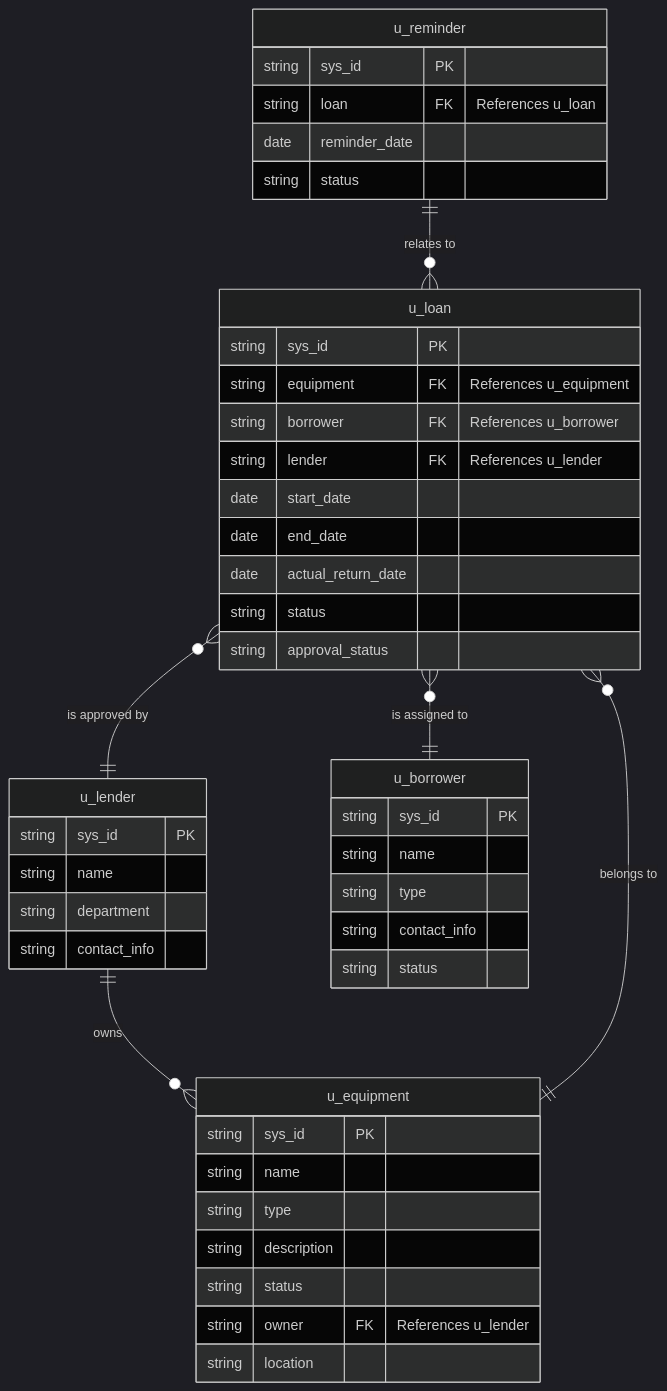
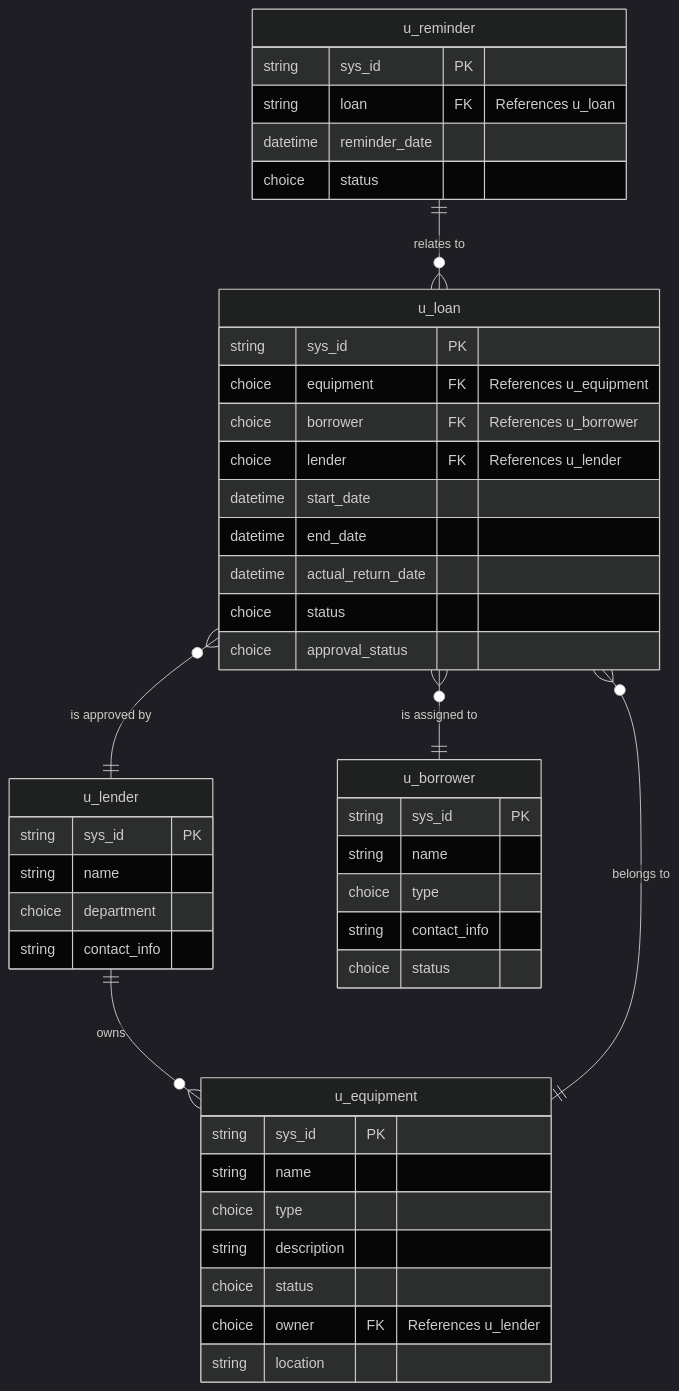
The diagram in datenmodell.md (OutmaAixLara/BorrowNOW), drawn with Mermaid (dark theme) before and after one commit.

Commit message:
Adjusted field types

````diff
--- a/datenmodell.md
+++ b/datenmodell.md
@@ -1,55 +1,55 @@
 ```mermaid
 erDiagram
     u_equipment {
         string sys_id PK
         string name
-        string type
+        choice type
         string description
-        string status
-        string owner FK "References u_lender"
+        choice status
+        choice owner FK "References u_lender"
         string location
     }
 
     u_lender {
         string sys_id PK
         string name
-        string department
+        choice department
         string contact_info
     }
 
     u_borrower {
         string sys_id PK
         string name
-        string type
+        choice type
         string contact_info
-        string status
+        choice status
     }
 
     u_loan {
         string sys_id PK
-        string equipment FK "References u_equipment"
-        string borrower FK "References u_borrower"
-        string lender FK "References u_lender"
-        date start_date
-        date end_date
-        date actual_return_date
-        string status
-        string approval_status
+        choice equipment FK "References u_equipment"
+        choice borrower FK "References u_borrower"
+        choice lender FK "References u_lender"
+        datetime start_date
+        datetime end_date
+        datetime actual_return_date
+        choice status
+        choice approval_status
     }
 
     u_reminder {
         string sys_id PK
         string loan FK "References u_loan"
-        date reminder_date
-        string status
+        datetime reminder_date
+        choice status
     }
 
     %% Relationships
     u_lender ||--o{ u_equipment : "owns"
     u_loan }o--|| u_equipment : "belongs to"
     u_loan }o--|| u_borrower : "is assigned to"
     u_loan }o--|| u_lender : "is approved by"
     u_reminder ||--o{ u_loan : "relates to"
 
 
 ```
````
